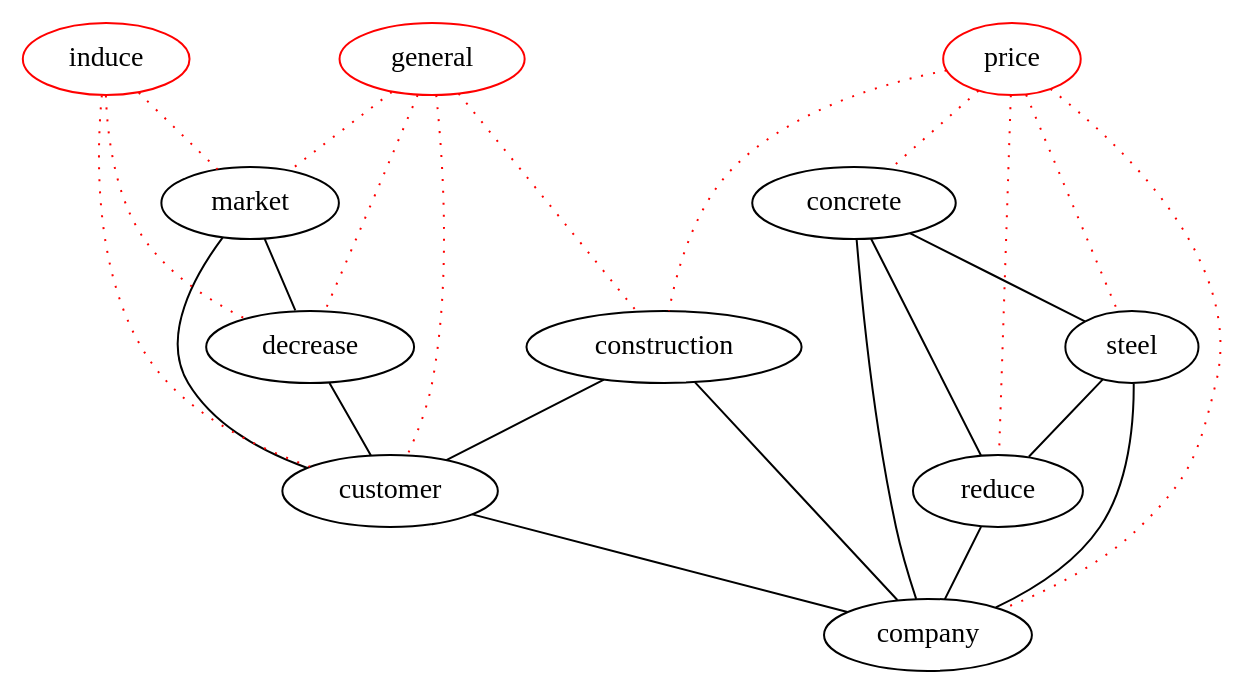
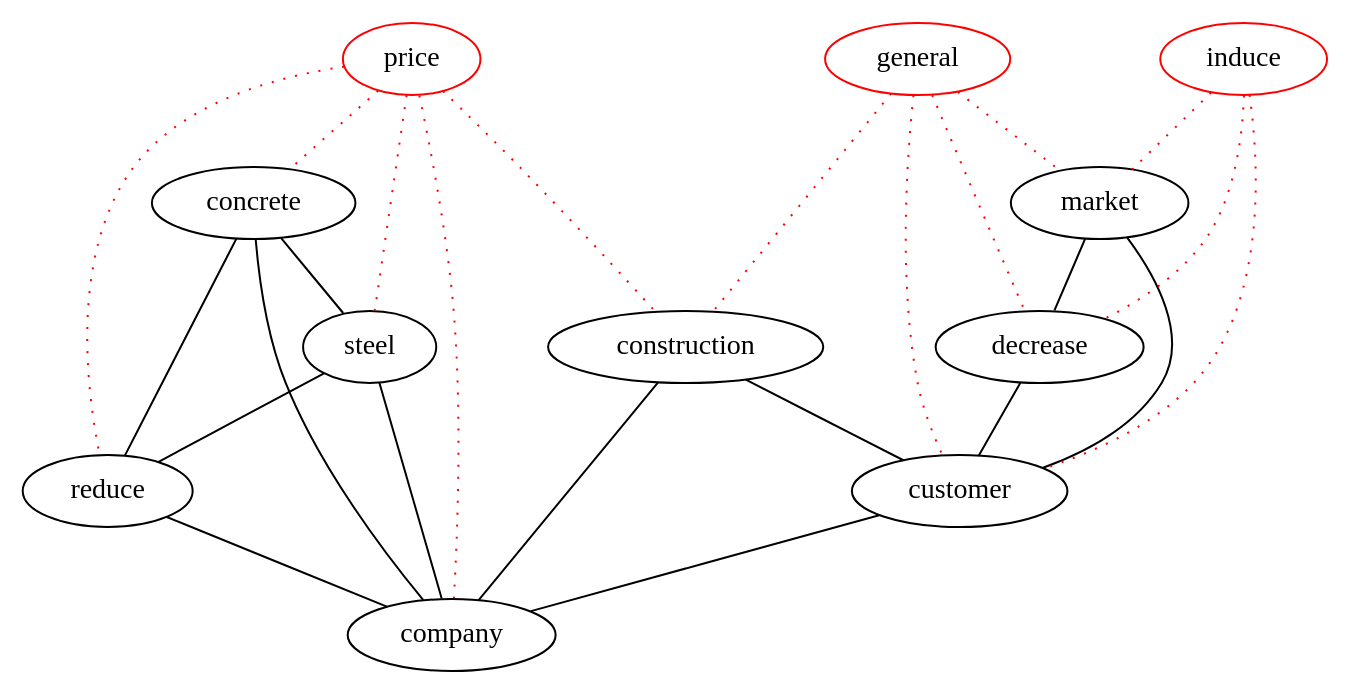
The diagram in dot/d2.dot (michaelweiss/keygraph), drawn with Graphviz before and after one commit. The commit also changed other lines of this file and 3 other files, not shown here.

```diff
--- a/dot/d2.dot
+++ b/dot/d2.dot
@@ -1,38 +1,38 @@
 graph keygraph {
 graph [size="10,10"]
-concrete [color="black"]
+reduce [color="black"]
 construction [color="black"]
+steel [color="black"]
+customer [color="black"]
+market [color="black"]
 decrease [color="black"]
 company [color="black"]
-market [color="black"]
-reduce [color="black"]
-steel [color="black"]
-customer [color="black"]
+concrete [color="black"]
 price [color="red"]
 induce [color="red"]
 general [color="red"]
 construction--customer
 construction--company
 concrete--reduce
 steel--reduce
 customer--company
 market--decrease
 market--customer
 decrease--customer
 concrete--steel
 concrete--company
 steel--company
 reduce--company
+induce--customer [color="red", style="dotted"]
+induce--market [color="red", style="dotted"]
 induce--decrease [color="red", style="dotted"]
-induce--market [color="red", style="dotted"]
-induce--customer [color="red", style="dotted"]
 general--construction [color="red", style="dotted"]
+general--customer [color="red", style="dotted"]
+general--market [color="red", style="dotted"]
 general--decrease [color="red", style="dotted"]
-general--market [color="red", style="dotted"]
-general--customer [color="red", style="dotted"]
+price--reduce [color="red", style="dotted"]
+price--construction [color="red", style="dotted"]
+price--steel [color="red", style="dotted"]
+price--company [color="red", style="dotted"]
 price--concrete [color="red", style="dotted"]
-price--construction [color="red", style="dotted"]
-price--company [color="red", style="dotted"]
-price--reduce [color="red", style="dotted"]
-price--steel [color="red", style="dotted"]
 }
```
